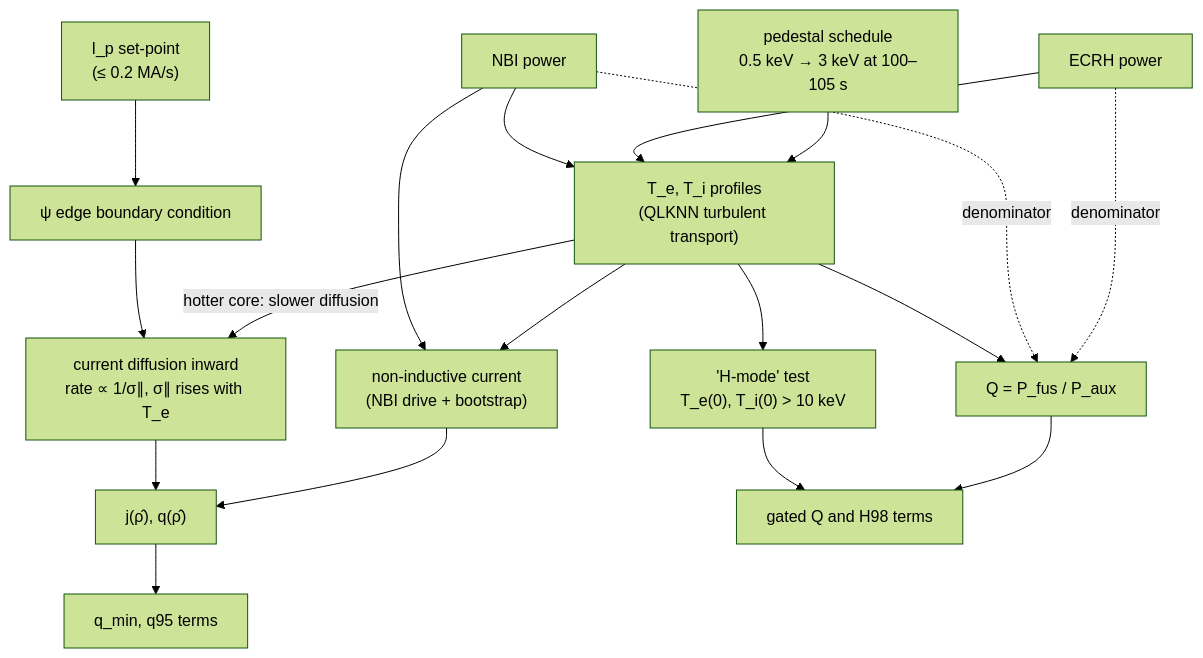
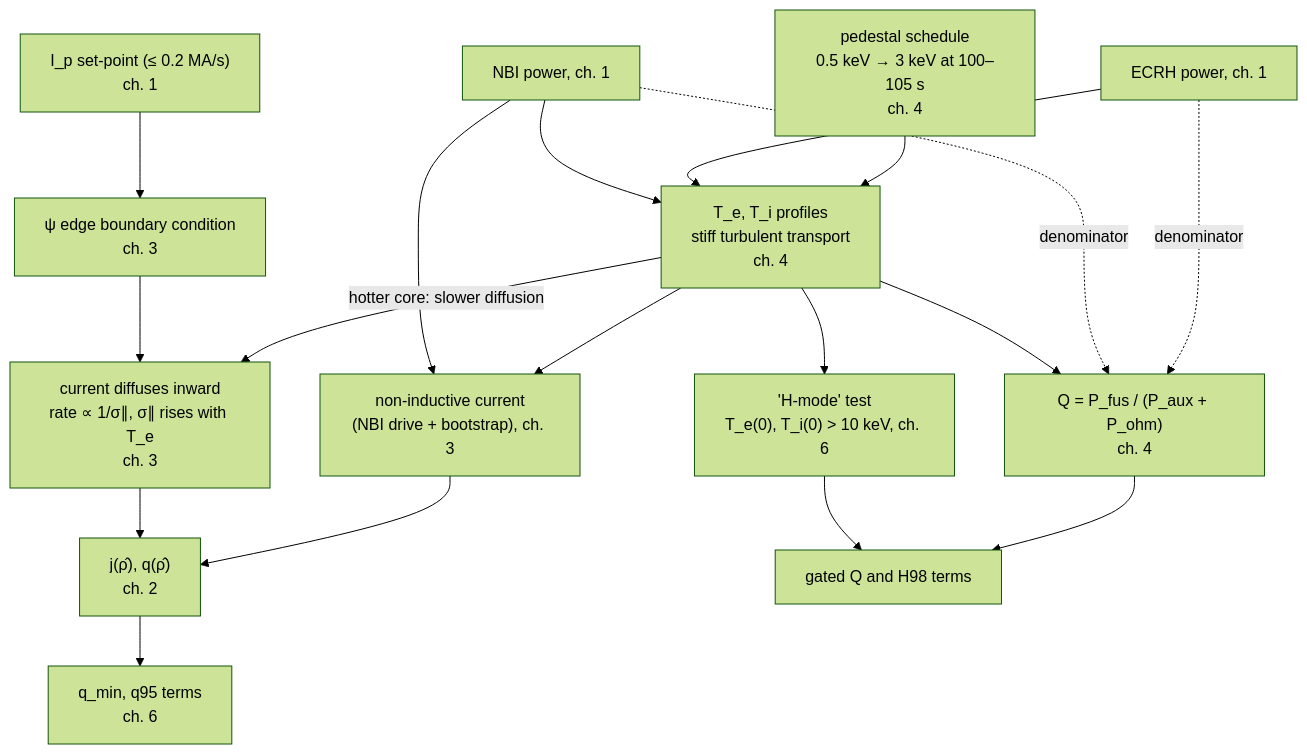
One commit to leandergrech/rl-tokamak-rampup changed the diagram in docs/02-primer.md. Above: the diagram before and after it, drawn with Mermaid (forest theme). The commit also changed other lines of this file and 22 other files, not shown here.

````diff
--- a/docs/02-primer.md
+++ b/docs/02-primer.md
@@ -67,20 +72,20 @@
 ```mermaid
 flowchart TB
-    IP["I_p set-point<br/>(≤ 0.2 MA/s)"] --> BC["ψ edge boundary condition"]
-    BC --> DIFF["current diffusion inward<br/>rate ∝ 1/σ∥, σ∥ rises with T_e"]
-    NBI["NBI power"] --> TE["T_e, T_i profiles<br/>(QLKNN turbulent transport)"]
-    ECRH["ECRH power"] --> TE
-    NBI --> JNI["non-inductive current<br/>(NBI drive + bootstrap)"]
+    IP["I_p set-point (≤ 0.2 MA/s)<br/>ch. 1"] --> BC["ψ edge boundary condition<br/>ch. 3"]
+    BC --> DIFF["current diffuses inward<br/>rate ∝ 1/σ∥, σ∥ rises with T_e<br/>ch. 3"]
+    NBI["NBI power, ch. 1"] --> TE["T_e, T_i profiles<br/>stiff turbulent transport<br/>ch. 4"]
+    ECRH["ECRH power, ch. 1"] --> TE
+    NBI --> JNI["non-inductive current<br/>(NBI drive + bootstrap), ch. 3"]
     TE -- "hotter core: slower diffusion" --> DIFF
     TE --> JNI
-    DIFF --> JQ["j(ρ̂), q(ρ̂)"]
+    DIFF --> JQ["j(ρ̂), q(ρ̂)<br/>ch. 2"]
     JNI --> JQ
-    PED["pedestal schedule<br/>0.5 keV → 3 keV at 100–105 s"] --> TE
-    JQ --> RQ["q_min, q95 terms"]
-    TE --> HT["'H-mode' test<br/>T_e(0), T_i(0) > 10 keV"]
-    TE --> QF["Q = P_fus / P_aux"]
+    PED["pedestal schedule<br/>0.5 keV → 3 keV at 100–105 s<br/>ch. 4"] --> TE
+    JQ --> RQ["q_min, q95 terms<br/>ch. 6"]
+    TE --> HT["'H-mode' test<br/>T_e(0), T_i(0) > 10 keV, ch. 6"]
+    TE --> QF["Q = P_fus / (P_aux + P_ohm)<br/>ch. 4"]
     NBI -. "denominator" .-> QF
     ECRH -. "denominator" .-> QF
     HT --> RG["gated Q and H98 terms"]
     QF --> RG
 ```
````
